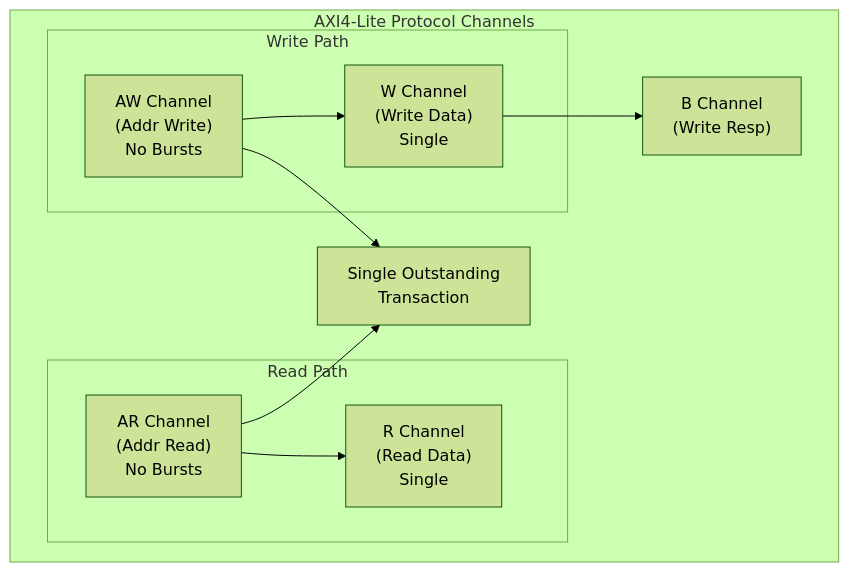
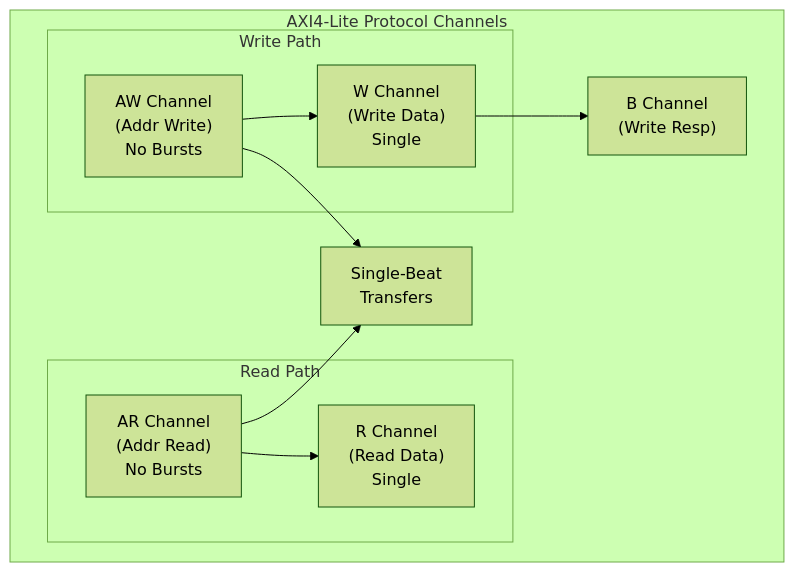
One commit to sean-galloway/RTLDesignSherpa-DV changed the diagram in docs/components/axil4/index.md. Above: the diagram before and after it, drawn with Mermaid (forest theme). The commit also changed other lines of this file and 15 other files, not shown here.

````diff
--- a/docs/components/axil4/index.md
+++ b/docs/components/axil4/index.md
@@ -108,21 +108,21 @@
 ```mermaid
 graph TB
     subgraph Channels["AXI4-Lite Protocol Channels"]
         subgraph Read["Read Path"]
             AR["AR Channel<br/>(Addr Read)<br/>No Bursts"]
             R["R Channel<br/>(Read Data)<br/>Single"]
         end
         subgraph Write["Write Path"]
             AW["AW Channel<br/>(Addr Write)<br/>No Bursts"]
             W["W Channel<br/>(Write Data)<br/>Single"]
         end
         B["B Channel<br/>(Write Resp)"]
-        Single["Single Outstanding<br/>Transaction"]
+        Single["Single-Beat<br/>Transfers"]
     end
 
     AR --> R
     AW --> W
     W --> B
     AW --> Single
     AR --> Single
 ```
````
